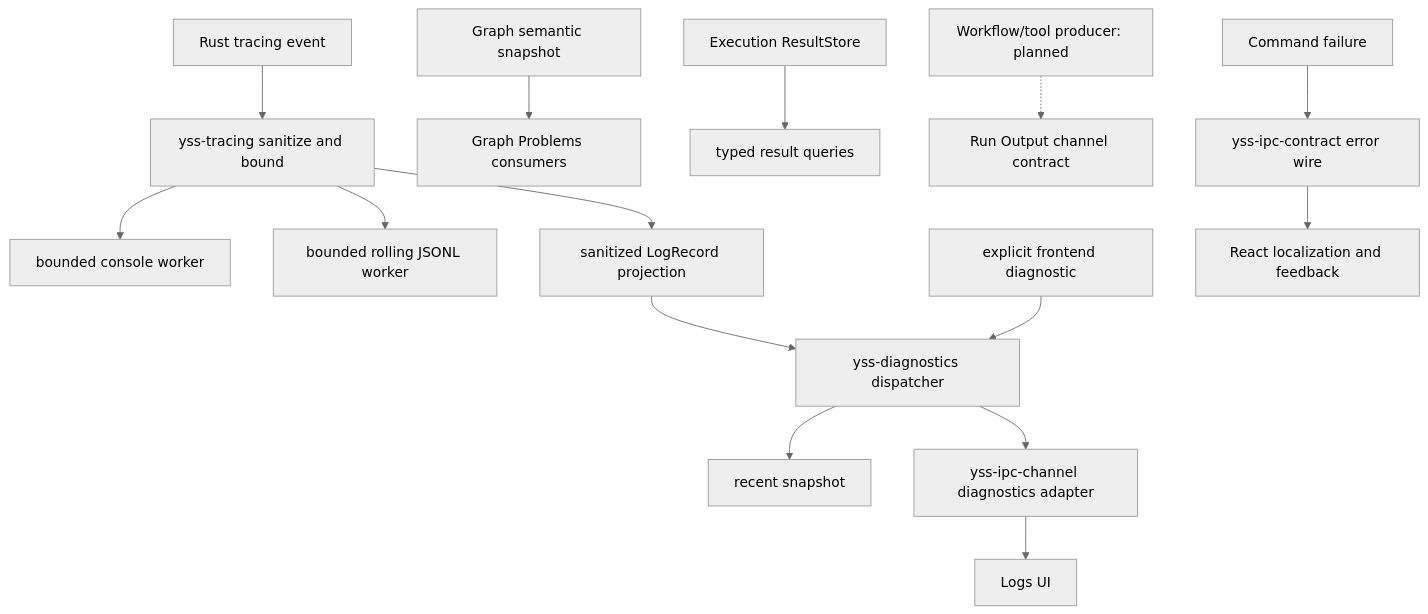
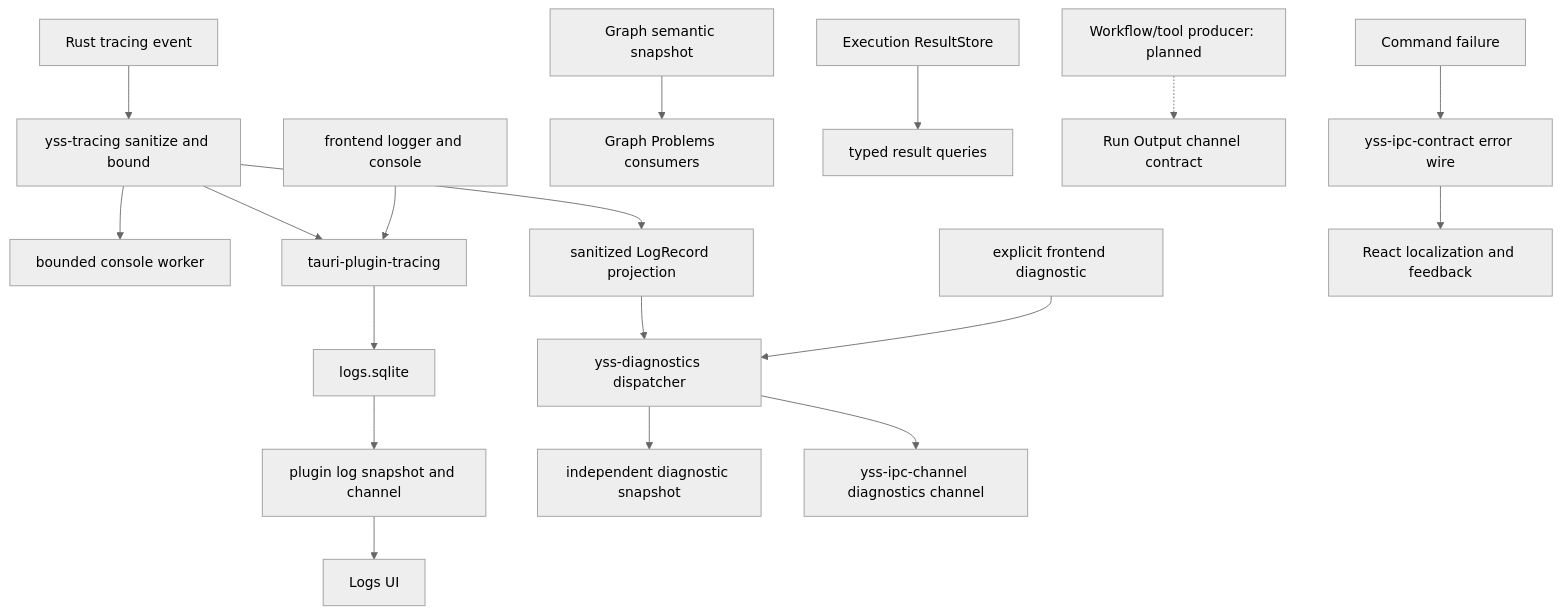
One commit to zhouyi207/YssBI changed the diagram in docs/architecture/RUNTIME_SIGNALS.md. Above: the diagram before and after it, drawn with Mermaid (neutral theme). The commit also changed other lines of this file and 5 other files, not shown here.

Commit message:
docs(architecture): define independent logging and diagnostic flows

````diff
--- a/docs/architecture/RUNTIME_SIGNALS.md
+++ b/docs/architecture/RUNTIME_SIGNALS.md
@@ -34,18 +34,21 @@
 ```mermaid
 flowchart TD
   TRACE[Rust tracing event] --> SANITIZE[yss-tracing sanitize and bound]
   SANITIZE --> CONSOLE[bounded console worker]
-  SANITIZE --> FILE[bounded rolling JSONL worker]
+  SANITIZE --> LOGPLUGIN[tauri-plugin-tracing]
+  FELOG[frontend logger and console] --> LOGPLUGIN
+  LOGPLUGIN --> SQLITE[logs.sqlite]
+  SQLITE --> LOGCHANNEL[plugin log snapshot and channel]
+  LOGCHANNEL --> LOGS[Logs UI]
   SANITIZE --> RUSTPROJ[sanitized LogRecord projection]
   RUSTPROJ --> DIAG[yss-diagnostics dispatcher]
   FEDIAG[explicit frontend diagnostic] --> DIAG
-  DIAG --> RECENT[recent snapshot]
-  DIAG --> LIVE[yss-ipc-channel diagnostics adapter]
-  LIVE --> LOGS[Logs UI]
+  DIAG --> RECENT[independent diagnostic snapshot]
+  DIAG --> LIVE[yss-ipc-channel diagnostics channel]
 
   GRAPH[Graph semantic snapshot] --> PROBLEMS[Graph Problems consumers]
   RESULT[Execution ResultStore] --> RESULTQUERY[typed result queries]
   PROGRAM[Workflow/tool producer: planned] -.-> OUTPUT[Run Output channel contract]
   FAILURE[Command failure] --> WIRE[yss-ipc-contract error wire]
   WIRE --> FEEDBACK[React localization and feedback]
 ```
````
